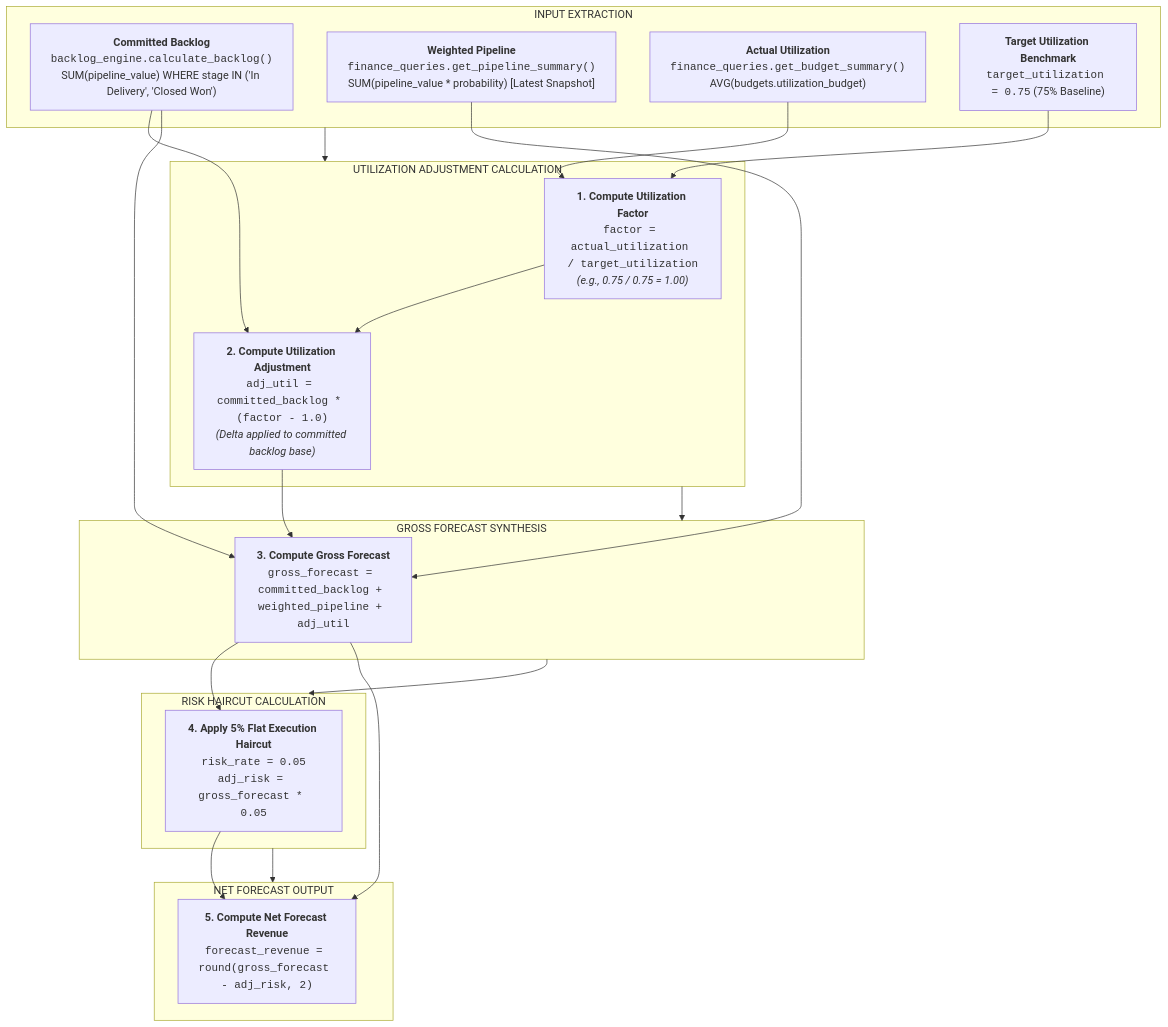
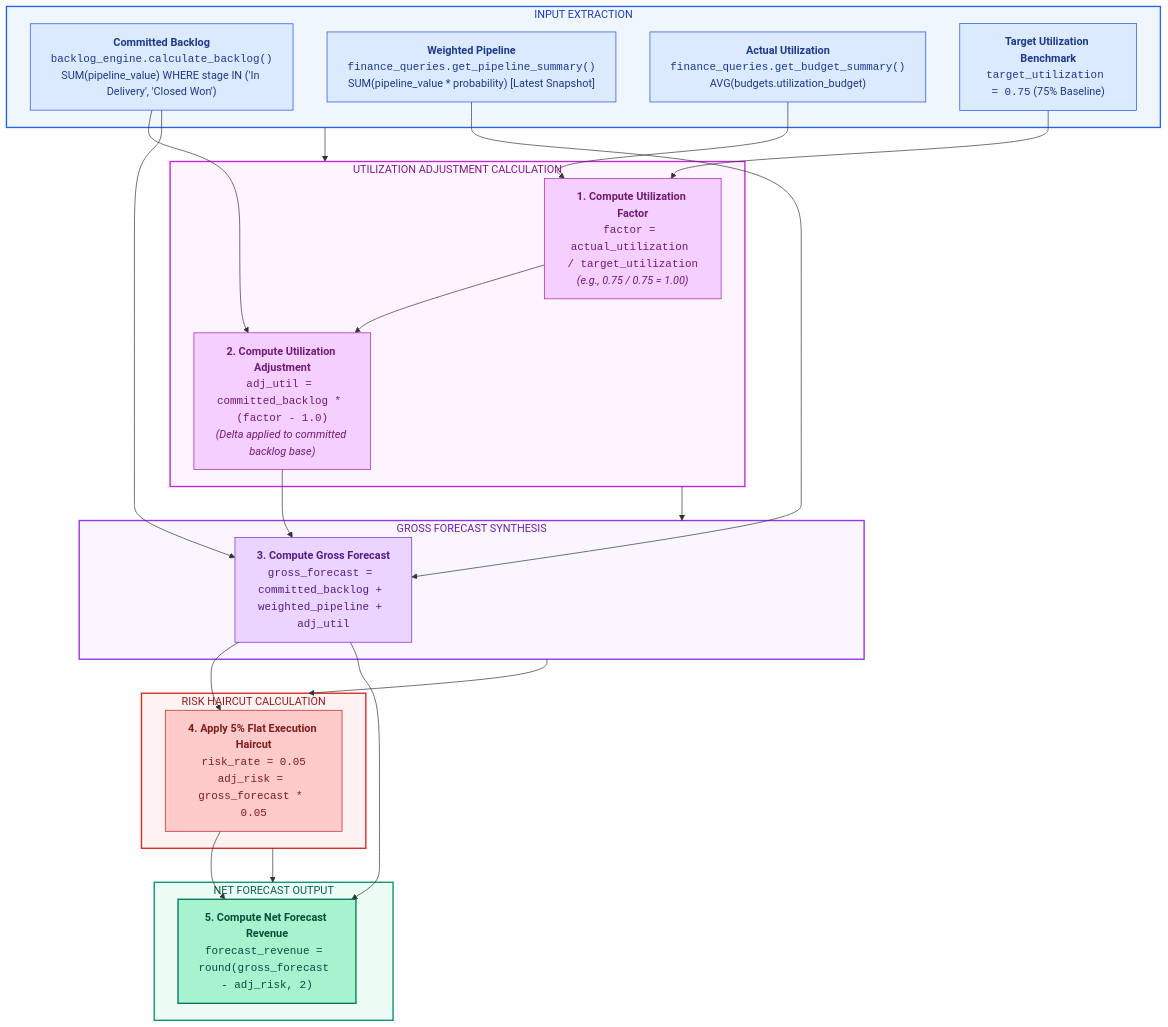
The first of 5 diagrams in docs/FORECAST_ENGINE.md (VED-VIVEK-TALMALEY/x-fin), drawn with Mermaid before and after one commit. The commit also changed other lines of this file and 6 other files, not shown here.

````diff
--- a/docs/FORECAST_ENGINE.md
+++ b/docs/FORECAST_ENGINE.md
@@ -9,33 +9,51 @@
 ```mermaid
 flowchart TD
     subgraph S1["INPUT EXTRACTION"]
         IN_B["<b>Committed Backlog</b><br/><code>backlog_engine.calculate_backlog()</code><br/>SUM(pipeline_value) WHERE stage IN ('In Delivery', 'Closed Won')"]
         IN_P["<b>Weighted Pipeline</b><br/><code>finance_queries.get_pipeline_summary()</code><br/>SUM(pipeline_value * probability) [Latest Snapshot]"]
         IN_U["<b>Actual Utilization</b><br/><code>finance_queries.get_budget_summary()</code><br/>AVG(budgets.utilization_budget)"]
         IN_TU["<b>Target Utilization Benchmark</b><br/><code>target_utilization = 0.75</code> (75% Baseline)"]
     end
 
     subgraph S2["UTILIZATION ADJUSTMENT CALCULATION"]
         F_CALC["<b>1. Compute Utilization Factor</b><br/><code>factor = actual_utilization / target_utilization</code><br/><i>(e.g., 0.75 / 0.75 = 1.00)</i>"]
         UA_CALC["<b>2. Compute Utilization Adjustment</b><br/><code>adj_util = committed_backlog * (factor - 1.0)</code><br/><i>(Delta applied to committed backlog base)</i>"]
         IN_U & IN_TU --> F_CALC --> UA_CALC
         IN_B --> UA_CALC
     end
 
     subgraph S3["GROSS FORECAST SYNTHESIS"]
         GF_CALC["<b>3. Compute Gross Forecast</b><br/><code>gross_forecast = committed_backlog + weighted_pipeline + adj_util</code>"]
         IN_B & IN_P & UA_CALC --> GF_CALC
     end
 
     subgraph S4["RISK HAIRCUT CALCULATION"]
         RH_CALC["<b>4. Apply 5% Flat Execution Haircut</b><br/><code>risk_rate = 0.05</code><br/><code>adj_risk = gross_forecast * 0.05</code>"]
         GF_CALC --> RH_CALC
     end
 
     subgraph S5["NET FORECAST OUTPUT"]
         NF_CALC["<b>5. Compute Net Forecast Revenue</b><br/><code>forecast_revenue = round(gross_forecast - adj_risk, 2)</code>"]
         GF_CALC & RH_CALC --> NF_CALC
     end
 
     S1 --> S2 --> S3 --> S4 --> S5
+
+    style S1 fill:#EFF6FF,stroke:#2563EB,stroke-width:2px,color:#1E40AF
+    style S2 fill:#FDF4FF,stroke:#C026D3,stroke-width:2px,color:#86198F
+    style S3 fill:#FAF5FF,stroke:#9333EA,stroke-width:2px,color:#6B21A8
+    style S4 fill:#FEF2F2,stroke:#DC2626,stroke-width:2px,color:#991B1B
+    style S5 fill:#ECFDF5,stroke:#059669,stroke-width:2px,color:#065F46
+
+    style IN_B fill:#DBEAFE,stroke:#1D4ED8,stroke-width:1px,color:#1E3A8A
+    style IN_P fill:#DBEAFE,stroke:#1D4ED8,stroke-width:1px,color:#1E3A8A
+    style IN_U fill:#DBEAFE,stroke:#1D4ED8,stroke-width:1px,color:#1E3A8A
+    style IN_TU fill:#DBEAFE,stroke:#1D4ED8,stroke-width:1px,color:#1E3A8A
+
+    style F_CALC fill:#F5D0FE,stroke:#A21CAF,stroke-width:1px,color:#701A75
+    style UA_CALC fill:#F5D0FE,stroke:#A21CAF,stroke-width:1px,color:#701A75
+
+    style GF_CALC fill:#E9D5FF,stroke:#7E22CE,stroke-width:1px,color:#581C87
+    style RH_CALC fill:#FECACA,stroke:#B91C1C,stroke-width:1px,color:#7F1D1D
+    style NF_CALC fill:#A7F3D0,stroke:#047857,stroke-width:2px,color:#064E3B
 ```
````
